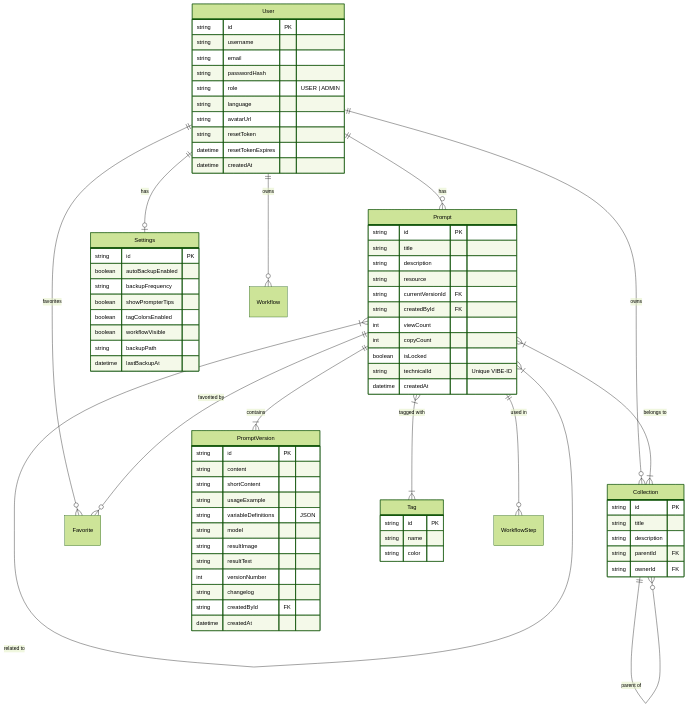
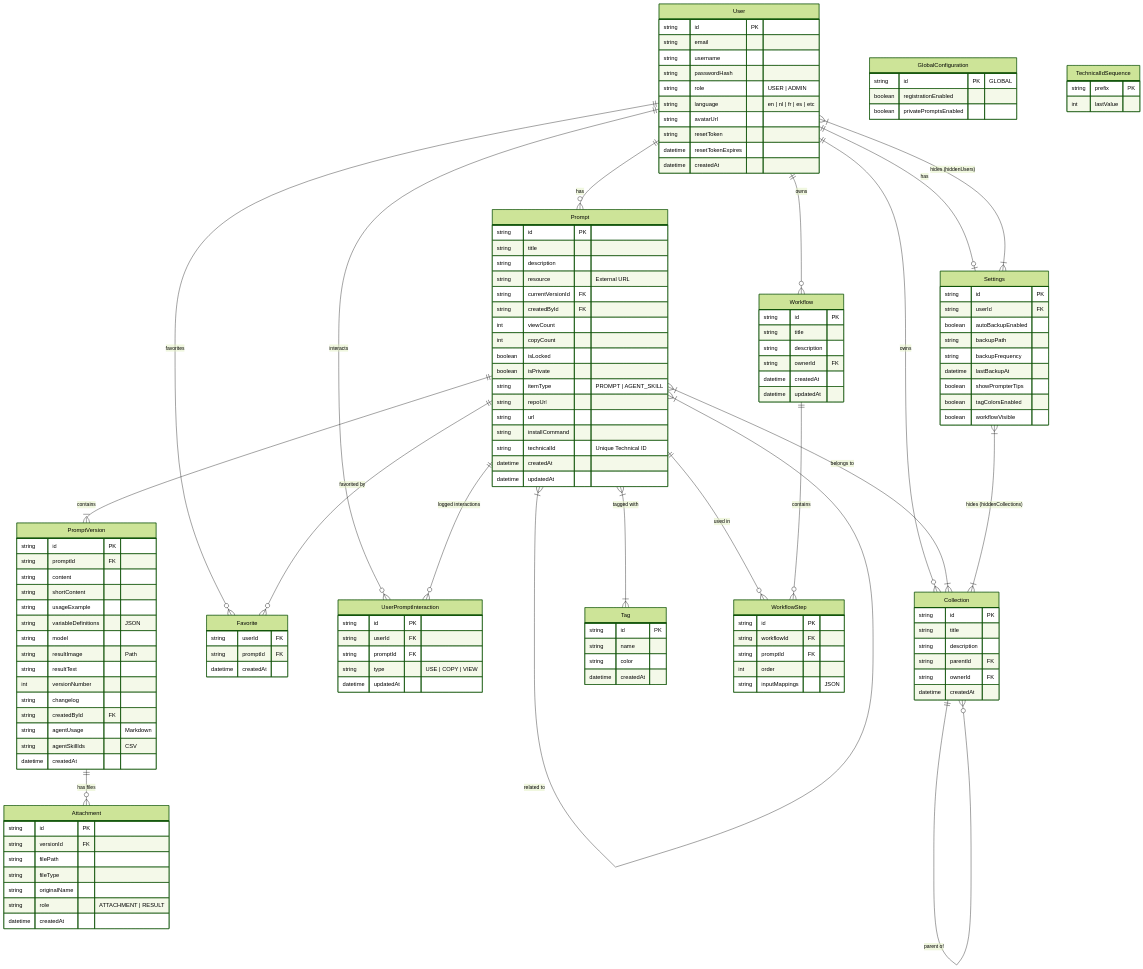
Before and after one commit to jovd83/prompthive: the diagram in docs/diagrams/Data_Models.md, drawn with Mermaid (forest theme). The commit also changed other lines of this file and 98 other files, not shown here.

Commit message:
feat: release 4.0.1 - Agent Integration, Advanced Copy, and Source-of-Truth Policy

````diff
--- a/docs/diagrams/Data_Models.md
+++ b/docs/diagrams/Data_Models.md
@@ -18,14 +18,15 @@
     User ||--o| Settings : has
     User ||--o{ Workflow : owns
     User ||--o{ Favorite : "favorites"
+    User ||--o{ UserPromptInteraction : "interacts"
     
     User {
         string id PK
+        string email
         string username
-        string email
         string passwordHash
         string role "USER | ADMIN"
-        string language
+        string language "en | nl | fr | es | etc"
         string avatarUrl
         string resetToken
         datetime resetTokenExpires
@@ -34,48 +35,76 @@
 
     Settings {
         string id PK
+        string userId FK
         boolean autoBackupEnabled
+        string backupPath
         string backupFrequency
+        datetime lastBackupAt
         boolean showPrompterTips
         boolean tagColorsEnabled
         boolean workflowVisible
-        string backupPath
-        datetime lastBackupAt
     }
     
+    GlobalConfiguration {
+        string id PK "GLOBAL"
+        boolean registrationEnabled
+        boolean privatePromptsEnabled
+    }
+
     Prompt ||--|{ PromptVersion : contains
     Prompt }|--|{ Collection : "belongs to"
     Prompt }|--|{ Tag : "tagged with"
     Prompt ||--o{ WorkflowStep : "used in"
     Prompt ||--o{ Favorite : "favorited by"
     Prompt }|--|{ Prompt : "related to"
+    Prompt ||--o{ UserPromptInteraction : "logged interactions"
 
     Prompt {
         string id PK
         string title
         string description
-        string resource
+        string resource "External URL"
         string currentVersionId FK
         string createdById FK
         int viewCount
         int copyCount
         boolean isLocked
-        string technicalId "Unique VIBE-ID"
+        boolean isPrivate
+        string itemType "PROMPT | AGENT_SKILL"
+        string repoUrl
+        string url
+        string installCommand
+        string technicalId "Unique Technical ID"
         datetime createdAt
+        datetime updatedAt
     }
 
+    PromptVersion ||--o{ Attachment : "has files"
     PromptVersion {
         string id PK
+        string promptId FK
         string content
         string shortContent
         string usageExample
         string variableDefinitions "JSON"
         string model
-        string resultImage
+        string resultImage "Path"
         string resultText
         int versionNumber
         string changelog
         string createdById FK
+        string agentUsage "Markdown"
+        string agentSkillIds "CSV"
+        datetime createdAt
+    }
+
+    Attachment {
+        string id PK
+        string versionId FK
+        string filePath
+        string fileType
+        string originalName
+        string role "ATTACHMENT | RESULT"
         datetime createdAt
     }
 
@@ -86,11 +115,53 @@
         string description
         string parentId FK
         string ownerId FK
+        datetime createdAt
     }
 
     Tag {
         string id PK
         string name
         string color
+        datetime createdAt
+    }
+
+    Workflow ||--o{ WorkflowStep : contains
+    Workflow {
+        string id PK
+        string title
+        string description
+        string ownerId FK
+        datetime createdAt
+        datetime updatedAt
+    }
+
+    WorkflowStep {
+        string id PK
+        string workflowId FK
+        string promptId FK
+        int order
+        string inputMappings "JSON"
+    }
+
+    Favorite {
+        string userId FK
+        string promptId FK
+        datetime createdAt
+    }
+
+    UserPromptInteraction {
+        string id PK
+        string userId FK
+        string promptId FK
+        string type "USE | COPY | VIEW"
+        datetime updatedAt
+    }
+
+    Settings }|--|{ Collection : "hides (hiddenCollections)"
+    Settings }|--|{ User : "hides (hiddenUsers)"
+    
+    TechnicalIdSequence {
+        string prefix PK
+        int lastValue
     }
 ```
````
